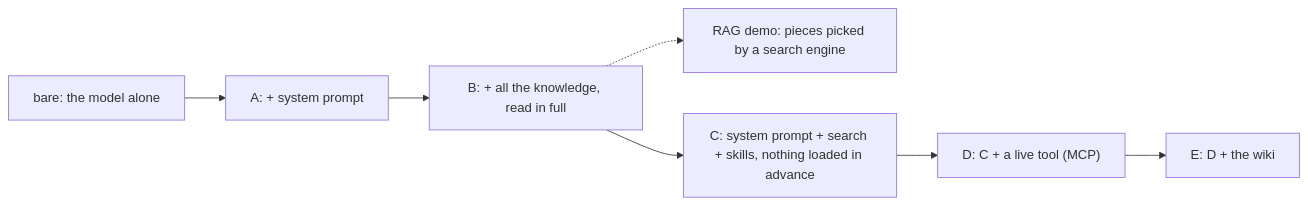
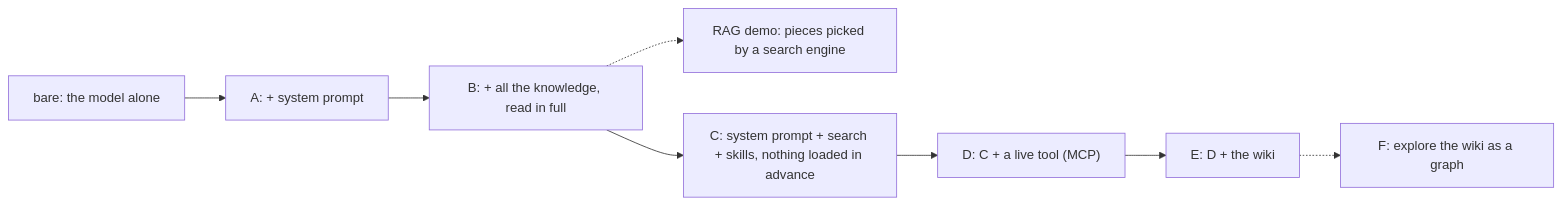
One commit to Youth-AI-Lab/yal-workshop-kit changed the diagram in README.md. Above: the diagram before and after it, drawn with Mermaid. The commit also changed other lines of this file and 9 other files, not shown here.

Commit message:
Bloc F : explorer le graphe de connaissances du wiki (graphify, wiki-explore) ; mode F en option ; C 25 min, E 13 min

````diff
--- a/README.md
+++ b/README.md
@@ -383,9 +386,10 @@
 ```mermaid
 flowchart LR
   bare["bare: the model alone"] --> A["A: + system prompt"]
   A --> B["B: + all the knowledge, read in full"]
   B -.-> RAG["RAG demo: pieces picked by a search engine"]
   B --> C["C: system prompt + search + skills, nothing loaded in advance"]
   C --> D["D: C + a live tool (MCP)"]
   D --> E["E: D + the wiki"]
+  E -.-> F["F: explore the wiki as a graph"]
 ```
````
